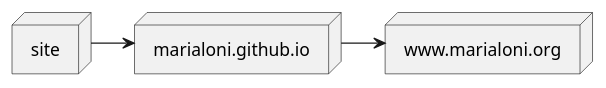
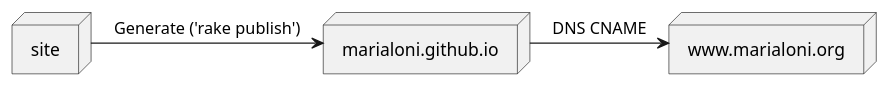
One commit to rednaw/site changed the diagram in marialoni.iuml. Above: the diagram before and after it, drawn with PlantUML.

Commit message:
Site updated

```diff
--- a/marialoni.iuml
+++ b/marialoni.iuml
@@ -1,8 +1,8 @@
 @startuml
 node site
 node marialoni.github.io
 node www.marialoni.org
 
-site -> marialoni.github.io
-marialoni.github.io -> www.marialoni.org
+site -> marialoni.github.io : Generate ('rake publish')
+marialoni.github.io -> www.marialoni.org : DNS CNAME
 @enduml
```
